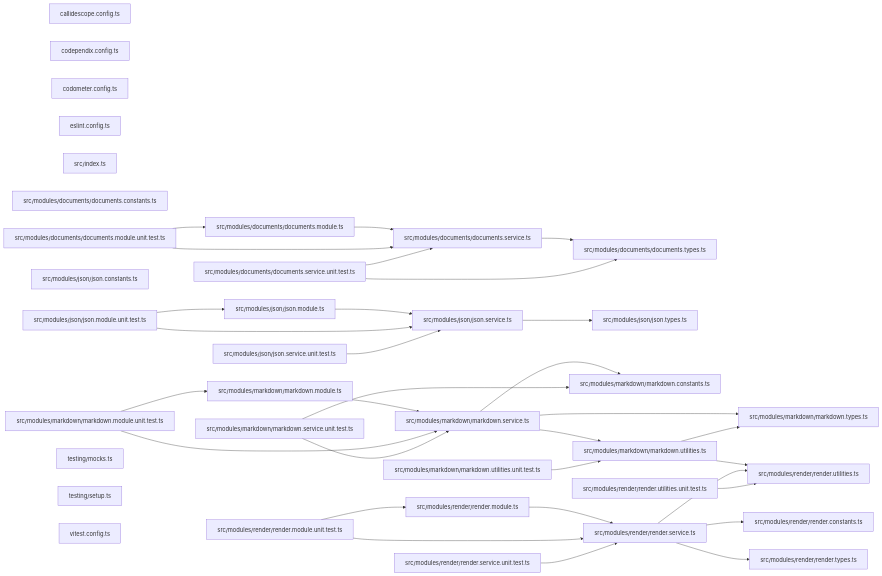
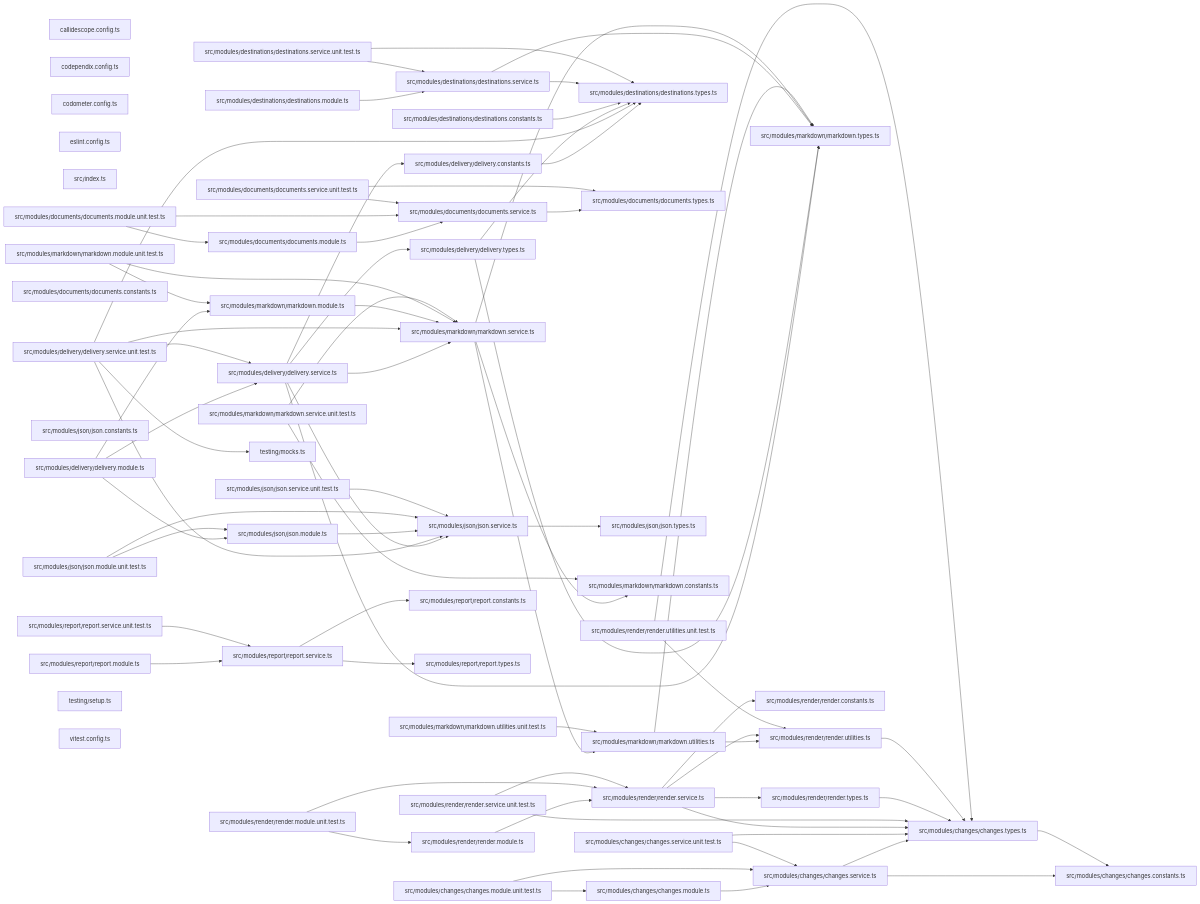
One commit to JimmyPaolini/codebase changed the third of 3 diagrams in packages/ic-suite/codometer/codometer-output/README.md. Above: the diagram before and after it, drawn with Mermaid. The commit also changed other lines of this file and 251 other files, not shown here.

````diff
--- a/packages/ic-suite/codometer/codometer-output/README.md
+++ b/packages/ic-suite/codometer/codometer-output/README.md
@@ -159,6 +196,22 @@
   file_codometer_config_ts["codometer.config.ts"]
   file_eslint_config_ts["eslint.config.ts"]
   file_src_index_ts["src/index.ts"]
+  file_src_modules_changes_changes_constants_ts["src/modules/changes/changes.constants.ts"]
+  file_src_modules_changes_changes_module_ts["src/modules/changes/changes.module.ts"]
+  file_src_modules_changes_changes_module_unit_test_ts["src/modules/changes/changes.module.unit.test.ts"]
+  file_src_modules_changes_changes_service_ts["src/modules/changes/changes.service.ts"]
+  file_src_modules_changes_changes_service_unit_test_ts["src/modules/changes/changes.service.unit.test.ts"]
+  file_src_modules_changes_changes_types_ts["src/modules/changes/changes.types.ts"]
+  file_src_modules_delivery_delivery_constants_ts["src/modules/delivery/delivery.constants.ts"]
+  file_src_modules_delivery_delivery_module_ts["src/modules/delivery/delivery.module.ts"]
+  file_src_modules_delivery_delivery_service_ts["src/modules/delivery/delivery.service.ts"]
+  file_src_modules_delivery_delivery_service_unit_test_ts["src/modules/delivery/delivery.service.unit.test.ts"]
+  file_src_modules_delivery_delivery_types_ts["src/modules/delivery/delivery.types.ts"]
+  file_src_modules_destinations_destinations_constants_ts["src/modules/destinations/destinations.constants.ts"]
+  file_src_modules_destinations_destinations_module_ts["src/modules/destinations/destinations.module.ts"]
+  file_src_modules_destinations_destinations_service_ts["src/modules/destinations/destinations.service.ts"]
+  file_src_modules_destinations_destinations_service_unit_test_ts["src/modules/destinations/destinations.service.unit.test.ts"]
+  file_src_modules_destinations_destinations_types_ts["src/modules/destinations/destinations.types.ts"]
   file_src_modules_documents_documents_constants_ts["src/modules/documents/documents.constants.ts"]
   file_src_modules_documents_documents_module_ts["src/modules/documents/documents.module.ts"]
   file_src_modules_documents_documents_module_unit_test_ts["src/modules/documents/documents.module.unit.test.ts"]
@@ -187,9 +240,44 @@
   file_src_modules_render_render_types_ts["src/modules/render/render.types.ts"]
   file_src_modules_render_render_utilities_ts["src/modules/render/render.utilities.ts"]
   file_src_modules_render_render_utilities_unit_test_ts["src/modules/render/render.utilities.unit.test.ts"]
+  file_src_modules_report_report_constants_ts["src/modules/report/report.constants.ts"]
+  file_src_modules_report_report_module_ts["src/modules/report/report.module.ts"]
+  file_src_modules_report_report_service_ts["src/modules/report/report.service.ts"]
+  file_src_modules_report_report_service_unit_test_ts["src/modules/report/report.service.unit.test.ts"]
+  file_src_modules_report_report_types_ts["src/modules/report/report.types.ts"]
   file_testing_mocks_ts["testing/mocks.ts"]
   file_testing_setup_ts["testing/setup.ts"]
   file_vitest_config_ts["vitest.config.ts"]
+  file_src_modules_changes_changes_module_ts --> file_src_modules_changes_changes_service_ts
+  file_src_modules_changes_changes_module_unit_test_ts --> file_src_modules_changes_changes_module_ts
+  file_src_modules_changes_changes_module_unit_test_ts --> file_src_modules_changes_changes_service_ts
+  file_src_modules_changes_changes_service_ts --> file_src_modules_changes_changes_constants_ts
+  file_src_modules_changes_changes_service_ts --> file_src_modules_changes_changes_types_ts
+  file_src_modules_changes_changes_service_unit_test_ts --> file_src_modules_changes_changes_service_ts
+  file_src_modules_changes_changes_service_unit_test_ts --> file_src_modules_changes_changes_types_ts
+  file_src_modules_changes_changes_types_ts --> file_src_modules_changes_changes_constants_ts
+  file_src_modules_delivery_delivery_constants_ts --> file_src_modules_destinations_destinations_types_ts
+  file_src_modules_delivery_delivery_module_ts --> file_src_modules_delivery_delivery_service_ts
+  file_src_modules_delivery_delivery_module_ts --> file_src_modules_json_json_module_ts
+  file_src_modules_delivery_delivery_module_ts --> file_src_modules_markdown_markdown_module_ts
+  file_src_modules_delivery_delivery_service_ts --> file_src_modules_delivery_delivery_constants_ts
+  file_src_modules_delivery_delivery_service_ts --> file_src_modules_delivery_delivery_types_ts
+  file_src_modules_delivery_delivery_service_ts --> file_src_modules_json_json_service_ts
+  file_src_modules_delivery_delivery_service_ts --> file_src_modules_markdown_markdown_service_ts
+  file_src_modules_delivery_delivery_service_ts --> file_src_modules_markdown_markdown_types_ts
+  file_src_modules_delivery_delivery_service_unit_test_ts --> file_src_modules_delivery_delivery_service_ts
+  file_src_modules_delivery_delivery_service_unit_test_ts --> file_src_modules_destinations_destinations_types_ts
+  file_src_modules_delivery_delivery_service_unit_test_ts --> file_src_modules_json_json_service_ts
+  file_src_modules_delivery_delivery_service_unit_test_ts --> file_src_modules_markdown_markdown_service_ts
+  file_src_modules_delivery_delivery_service_unit_test_ts --> file_testing_mocks_ts
+  file_src_modules_delivery_delivery_types_ts --> file_src_modules_destinations_destinations_types_ts
+  file_src_modules_delivery_delivery_types_ts --> file_src_modules_markdown_markdown_types_ts
+  file_src_modules_destinations_destinations_constants_ts --> file_src_modules_destinations_destinations_types_ts
+  file_src_modules_destinations_destinations_module_ts --> file_src_modules_destinations_destinations_service_ts
+  file_src_modules_destinations_destinations_service_ts --> file_src_modules_destinations_destinations_types_ts
+  file_src_modules_destinations_destinations_service_ts --> file_src_modules_markdown_markdown_types_ts
+  file_src_modules_destinations_destinations_service_unit_test_ts --> file_src_modules_destinations_destinations_service_ts
+  file_src_modules_destinations_destinations_service_unit_test_ts --> file_src_modules_destinations_destinations_types_ts
   file_src_modules_documents_documents_module_ts --> file_src_modules_documents_documents_service_ts
   file_src_modules_documents_documents_module_unit_test_ts --> file_src_modules_documents_documents_module_ts
   file_src_modules_documents_documents_module_unit_test_ts --> file_src_modules_documents_documents_service_ts
@@ -215,9 +303,18 @@
   file_src_modules_render_render_module_ts --> file_src_modules_render_render_service_ts
   file_src_modules_render_render_module_unit_test_ts --> file_src_modules_render_render_module_ts
   file_src_modules_render_render_module_unit_test_ts --> file_src_modules_render_render_service_ts
+  file_src_modules_render_render_service_ts --> file_src_modules_changes_changes_types_ts
   file_src_modules_render_render_service_ts --> file_src_modules_render_render_constants_ts
   file_src_modules_render_render_service_ts --> file_src_modules_render_render_types_ts
   file_src_modules_render_render_service_ts --> file_src_modules_render_render_utilities_ts
+  file_src_modules_render_render_service_unit_test_ts --> file_src_modules_changes_changes_types_ts
   file_src_modules_render_render_service_unit_test_ts --> file_src_modules_render_render_service_ts
+  file_src_modules_render_render_types_ts --> file_src_modules_changes_changes_types_ts
+  file_src_modules_render_render_utilities_ts --> file_src_modules_changes_changes_types_ts
+  file_src_modules_render_render_utilities_unit_test_ts --> file_src_modules_changes_changes_types_ts
   file_src_modules_render_render_utilities_unit_test_ts --> file_src_modules_render_render_utilities_ts
+  file_src_modules_report_report_module_ts --> file_src_modules_report_report_service_ts
+  file_src_modules_report_report_service_ts --> file_src_modules_report_report_constants_ts
+  file_src_modules_report_report_service_ts --> file_src_modules_report_report_types_ts
+  file_src_modules_report_report_service_unit_test_ts --> file_src_modules_report_report_service_ts
 ```
````
